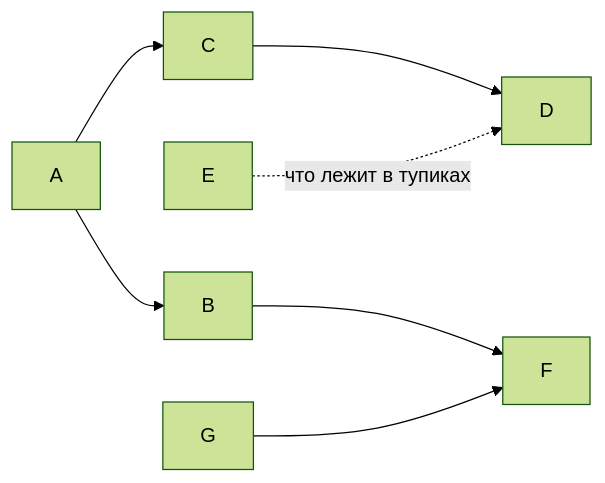
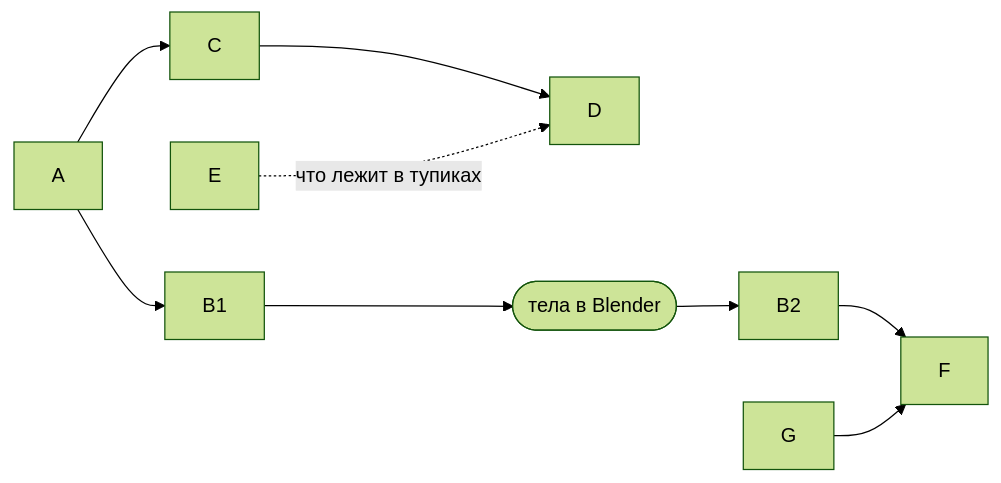
One commit to Manshooo/astral-genesis changed the diagram in docs/astral-genesis/Задачи/v0.7.0 — сессии.md. Above: the diagram before and after it, drawn with Mermaid (forest theme). The commit also changed other lines of this file and 5 other files, not shown here.

````diff
--- a/docs/astral-genesis/Задачи/v0.7.0 — сессии.md
+++ b/docs/astral-genesis/Задачи/v0.7.0 — сессии.md
@@ -43,7 +44,7 @@
 ```mermaid
 flowchart LR
     A --> C --> D
-    A --> B --> F
+    A --> B1 --> U(["тела в Blender"]) --> B2 --> F
     G --> F
     E -.->|что лежит в тупиках| D
 ```
````
